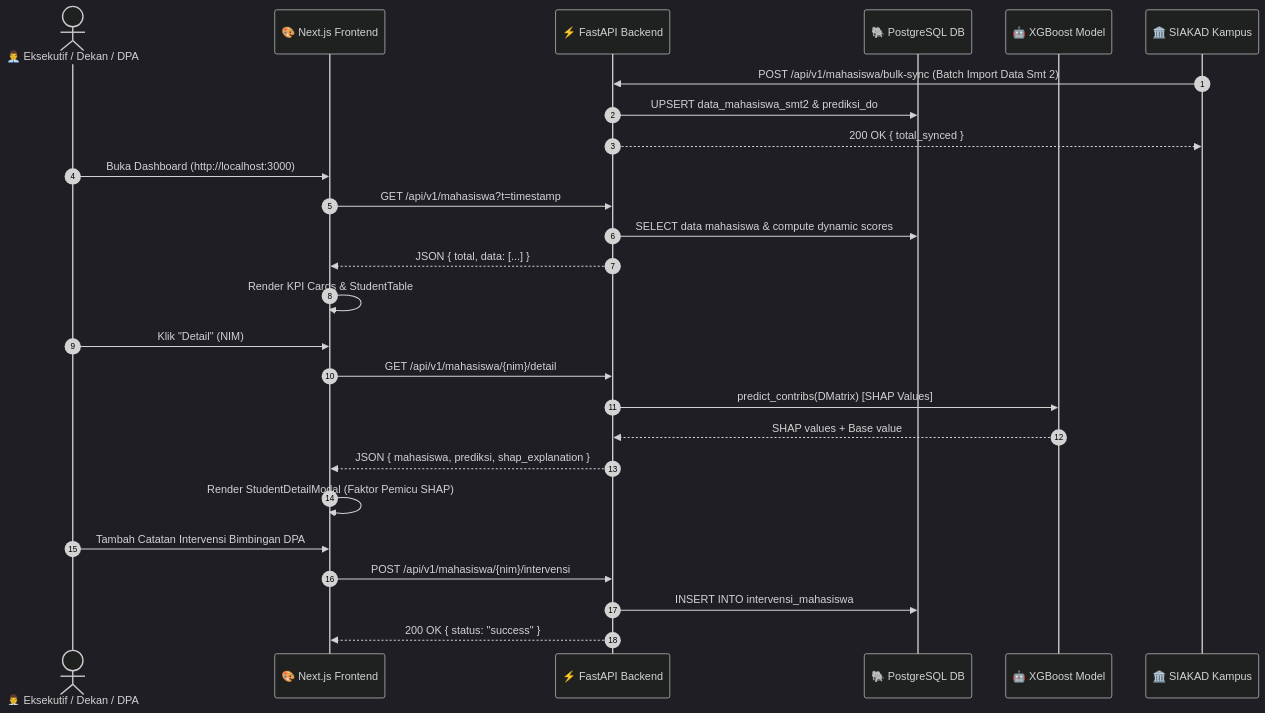
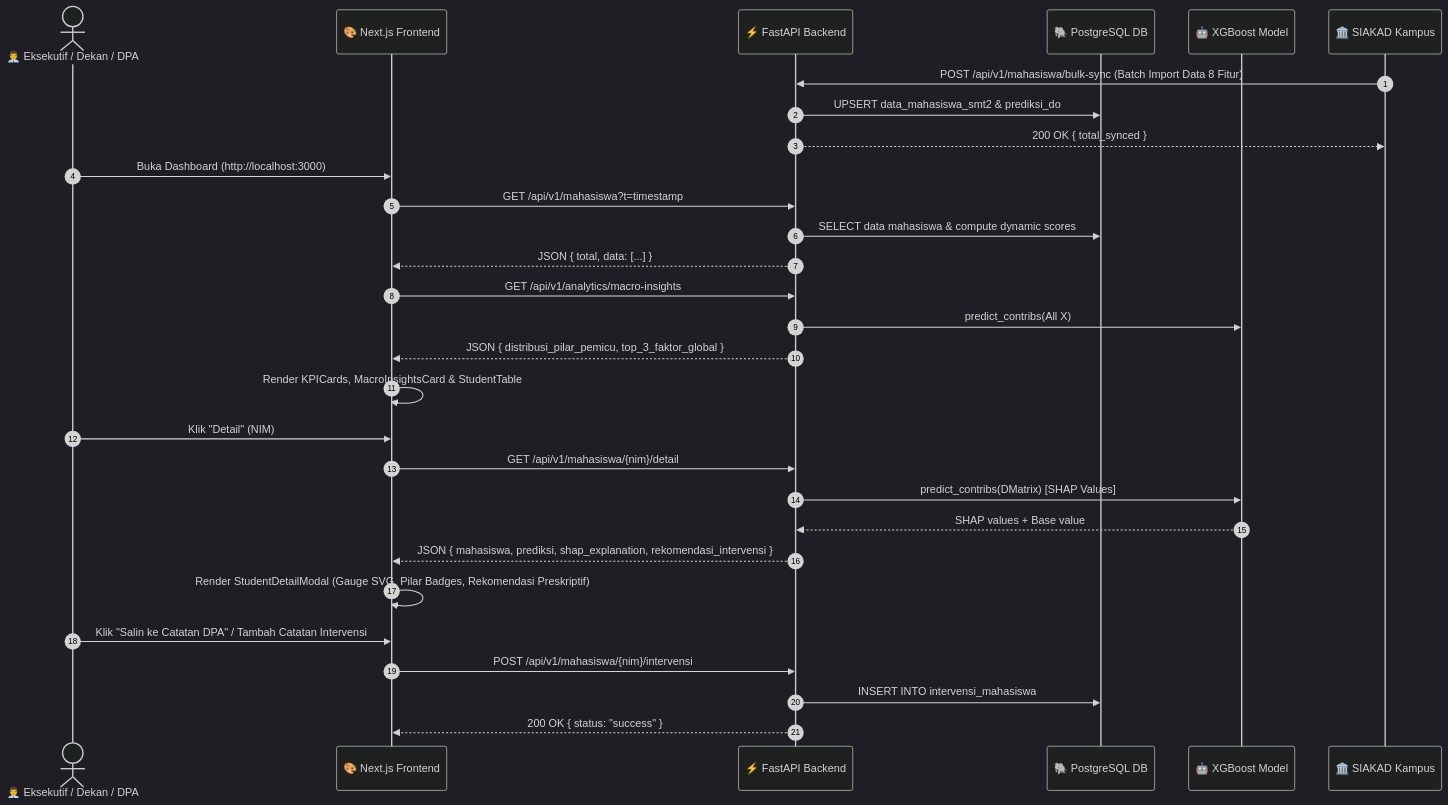
The third of 3 diagrams in DOCUMENTATION.md (wahyusatya/Prediksi-DO-XGBoost-SHAP_Magang), drawn with Mermaid (dark theme) before and after one commit. The commit also changed other lines of this file and 2 other files, not shown here.

````diff
--- a/DOCUMENTATION.md
+++ b/DOCUMENTATION.md
@@ -263,32 +351,35 @@
 ```mermaid
 sequenceDiagram
     autonumber
     actor Exec as 👨‍💼 Eksekutif / Dekan / DPA
     participant FE as 🎨 Next.js Frontend
     participant API as ⚡ FastAPI Backend
     participant DB as 🐘 PostgreSQL DB
     participant ML as 🤖 XGBoost Model
     participant SIAKAD as 🏛️ SIAKAD Kampus
 
-    SIAKAD->>API: POST /api/v1/mahasiswa/bulk-sync (Batch Import Data Smt 2)
+    SIAKAD->>API: POST /api/v1/mahasiswa/bulk-sync (Batch Import Data 8 Fitur)
     API->>DB: UPSERT data_mahasiswa_smt2 & prediksi_do
     API-->>SIAKAD: 200 OK { total_synced }
 
     Exec->>FE: Buka Dashboard (http://localhost:3000)
     FE->>API: GET /api/v1/mahasiswa?t=timestamp
     API->>DB: SELECT data mahasiswa & compute dynamic scores
     API-->>FE: JSON { total, data: [...] }
-    FE->>FE: Render KPI Cards & StudentTable
+    FE->>API: GET /api/v1/analytics/macro-insights
+    API->>ML: predict_contribs(All X)
+    API-->>FE: JSON { distribusi_pilar_pemicu, top_3_faktor_global }
+    FE->>FE: Render KPICards, MacroInsightsCard & StudentTable
 
     Exec->>FE: Klik "Detail" (NIM)
     FE->>API: GET /api/v1/mahasiswa/{nim}/detail
     API->>ML: predict_contribs(DMatrix) [SHAP Values]
     ML-->>API: SHAP values + Base value
-    API-->>FE: JSON { mahasiswa, prediksi, shap_explanation }
-    FE->>FE: Render StudentDetailModal (Faktor Pemicu SHAP)
+    API-->>FE: JSON { mahasiswa, prediksi, shap_explanation, rekomendasi_intervensi }
+    FE->>FE: Render StudentDetailModal (Gauge SVG, Pilar Badges, Rekomendasi Preskriptif)
 
-    Exec->>FE: Tambah Catatan Intervensi Bimbingan DPA
+    Exec->>FE: Klik "Salin ke Catatan DPA" / Tambah Catatan Intervensi
     FE->>API: POST /api/v1/mahasiswa/{nim}/intervensi
     API->>DB: INSERT INTO intervensi_mahasiswa
     API-->>FE: 200 OK { status: "success" }
 ```
````
